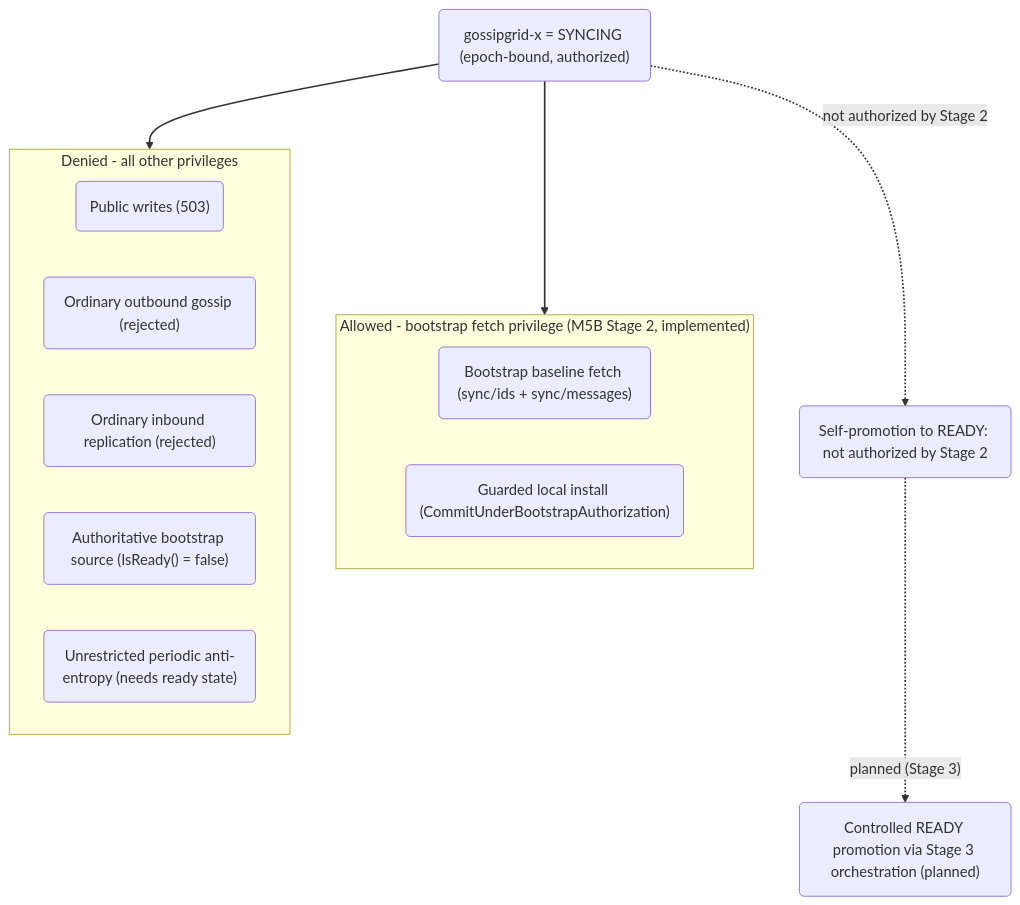
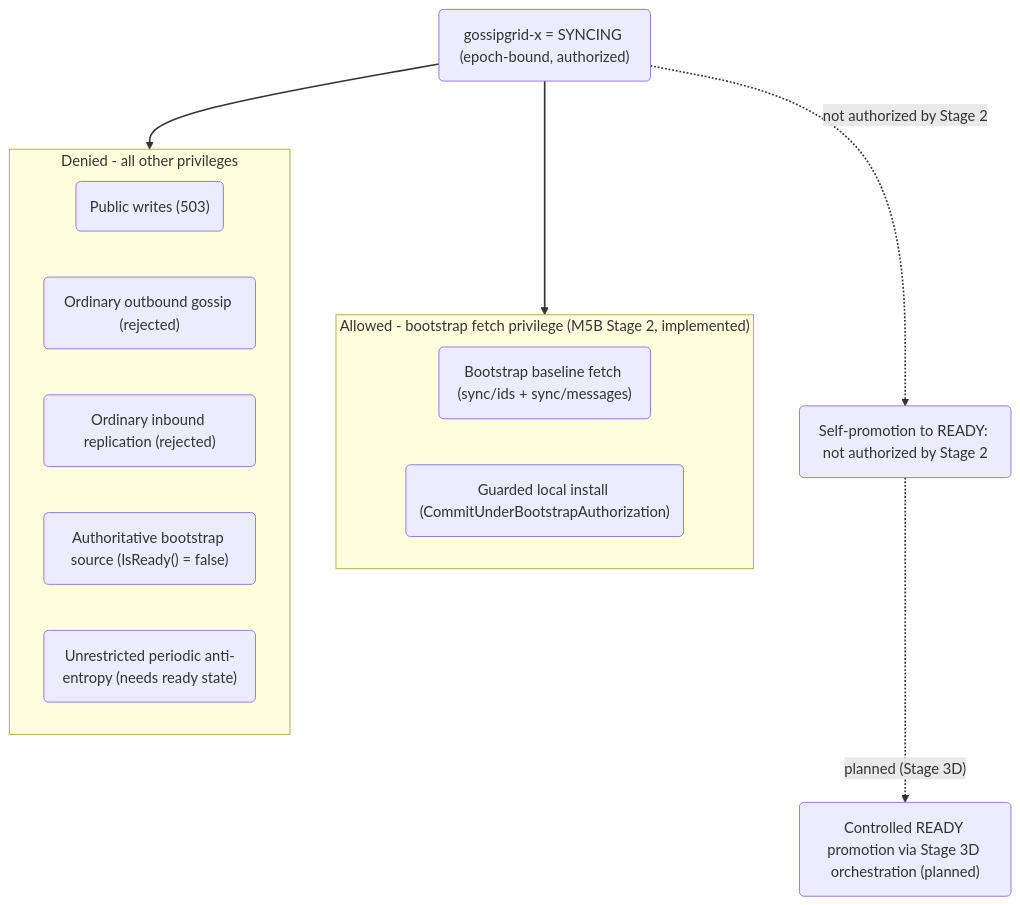
The diagram in docs/diagrams/concept-bootstrap-privilege-isolation.mmd (hirebrianm/gossipgrid), drawn with Mermaid before and after one commit. The commit also changed 34 other files, not shown here.

```diff
--- a/docs/diagrams/concept-bootstrap-privilege-isolation.mmd
+++ b/docs/diagrams/concept-bootstrap-privilege-isolation.mmd
@@ -1,32 +1,32 @@
 flowchart TB
   S("gossipgrid-x = SYNCING (epoch-bound, authorized)")
 
   subgraph MAY["Allowed - bootstrap fetch privilege (M5B Stage 2, implemented)"]
     direction LR
     M1("Bootstrap baseline fetch (sync/ids + sync/messages)")
     M2("Guarded local install (CommitUnderBootstrapAuthorization)")
   end
 
   subgraph MAYNOT["Denied - all other privileges"]
     direction LR
     N1("Public writes (503)")
     N2("Ordinary outbound gossip (rejected)")
     N3("Ordinary inbound replication (rejected)")
     N4("Authoritative bootstrap source (IsReady() = false)")
     N5("Unrestricted periodic anti-entropy (needs ready state)")
   end
 
   P3("Self-promotion to READY: not authorized by Stage 2")
-  P4("Controlled READY promotion via Stage 3 orchestration (planned)")
+  P4("Controlled READY promotion via Stage 3D orchestration (planned)")
 
   S --> MAY
   S --> MAYNOT
   S -. "not authorized by Stage 2" .-> P3
-  P3 -. "planned (Stage 3)" .-> P4
+  P3 -. "planned (Stage 3D)" .-> P4
 
   class S state
   class M1,M2 may
   class N1,N2,N3,N4,N5 maynot
   class P3 planned
   class P4 planned
   linkStyle default stroke-width:1.8px
```
